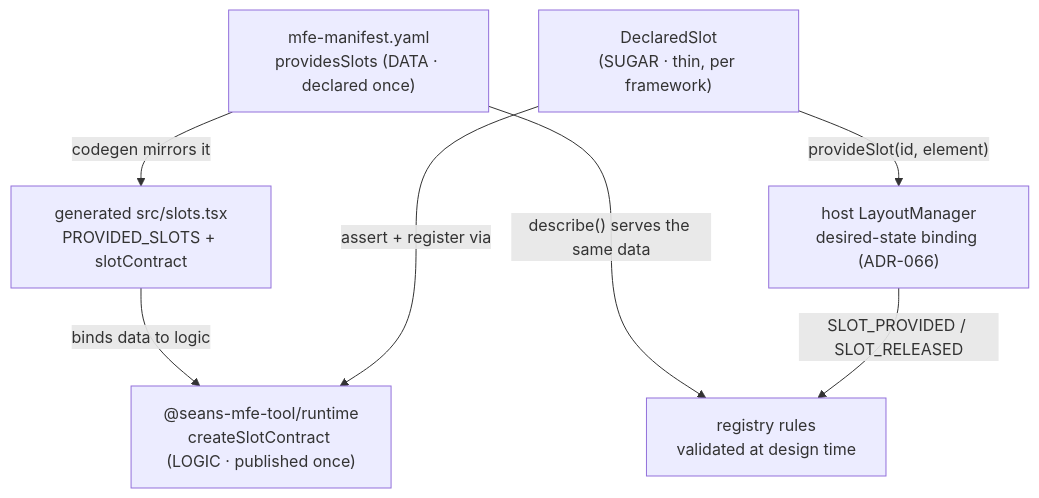
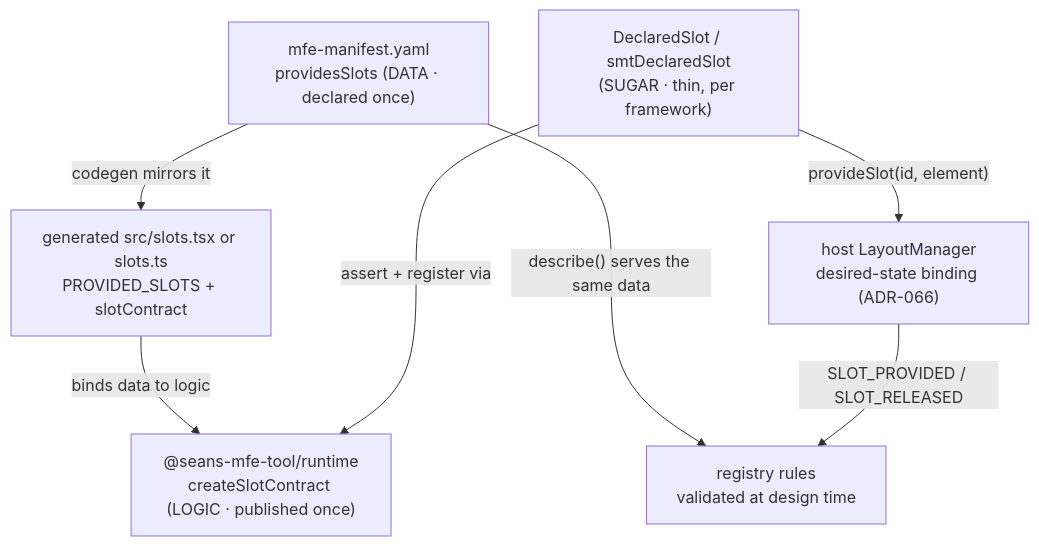
Before and after one commit to falese/seans-mfe-tool: the diagram in docs/slot-contract.md, drawn with Mermaid. The commit also changed other lines of this file and 13 other files, not shown here.

````diff
--- a/docs/slot-contract.md
+++ b/docs/slot-contract.md
@@ -57,11 +59,11 @@
 ```mermaid
 flowchart TD
   M["mfe-manifest.yaml\nprovidesSlots (DATA · declared once)"]
-  M -- "codegen mirrors it" --> G["generated src/slots.tsx\nPROVIDED_SLOTS + slotContract"]
+  M -- "codegen mirrors it" --> G["generated src/slots.tsx or slots.ts\nPROVIDED_SLOTS + slotContract"]
   L["@seans-mfe-tool/runtime\ncreateSlotContract (LOGIC · published once)"]
   G -- "binds data to logic" --> L
-  S["DeclaredSlot\n(SUGAR · thin, per framework)"] -- "assert + register via" --> L
+  S["DeclaredSlot / smtDeclaredSlot\n(SUGAR · thin, per framework)"] -- "assert + register via" --> L
   S -- "provideSlot(id, element)" --> H["host LayoutManager\ndesired-state binding (ADR-066)"]
   M -- "describe() serves the same data" --> R["registry rules\nvalidated at design time"]
   H -- "SLOT_PROVIDED / SLOT_RELEASED" --> R
 ```
````
